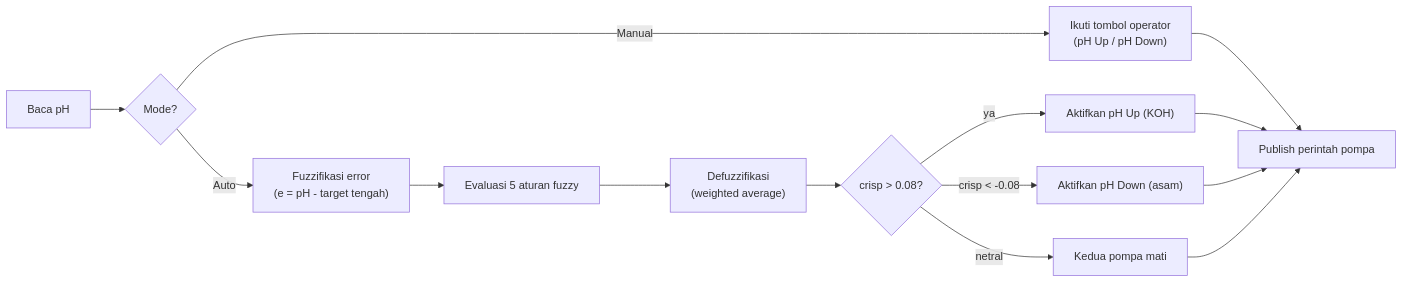
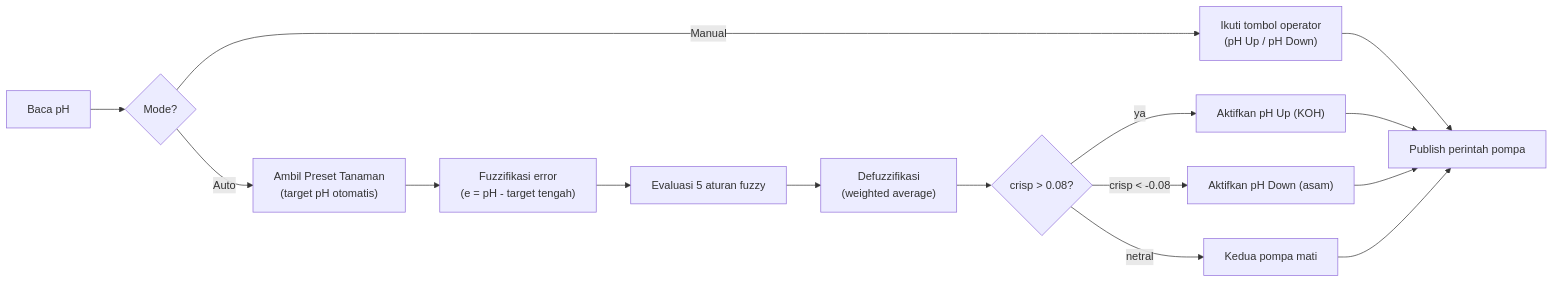
Before and after one commit to ficrammanifur/hydroponics-monitoring: the second of 2 diagrams in README.md, drawn with Mermaid. The commit also changed other lines of this file, not shown here.

````diff
--- a/README.md
+++ b/README.md
@@ -95,16 +287,17 @@
 ```mermaid
 flowchart LR
     A["Baca pH"] --> B{"Mode?"}
     B -- "Manual" --> M["Ikuti tombol operator\n(pH Up / pH Down)"]
-    B -- "Auto" --> F["Fuzzifikasi error\n(e = pH - target tengah)"]
+    B -- "Auto" --> P["Ambil Preset Tanaman\n(target pH otomatis)"]
+    P --> F["Fuzzifikasi error\n(e = pH - target tengah)"]
     F --> R["Evaluasi 5 aturan fuzzy"]
     R --> D["Defuzzifikasi\n(weighted average)"]
     D --> G{"crisp > 0.08?"}
     G -- "ya" --> UP["Aktifkan pH Up (KOH)"]
     G -- "crisp < -0.08" --> DOWN["Aktifkan pH Down (asam)"]
     G -- "netral" --> IDLE["Kedua pompa mati"]
     M --> OUT["Publish perintah pompa"]
     UP --> OUT
     DOWN --> OUT
     IDLE --> OUT
 ```
````
